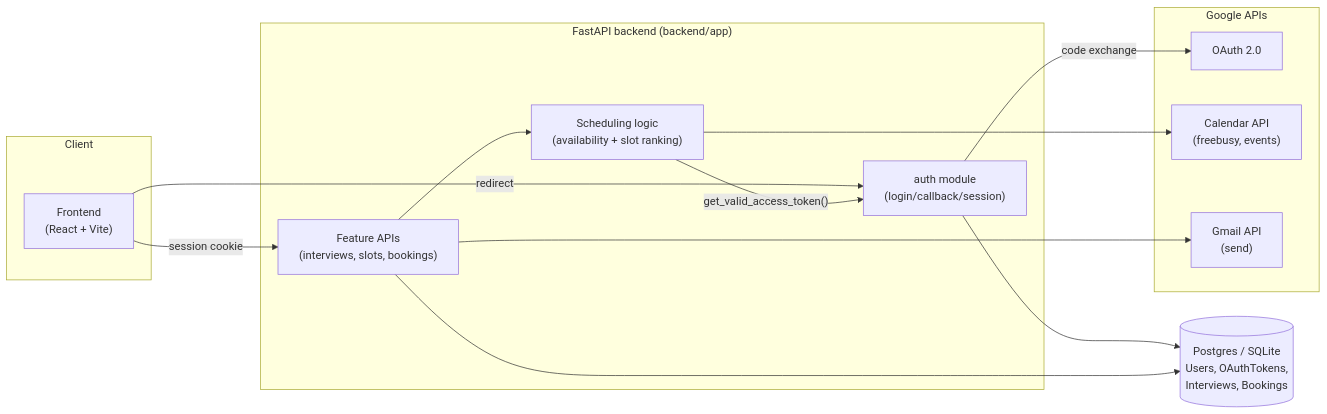
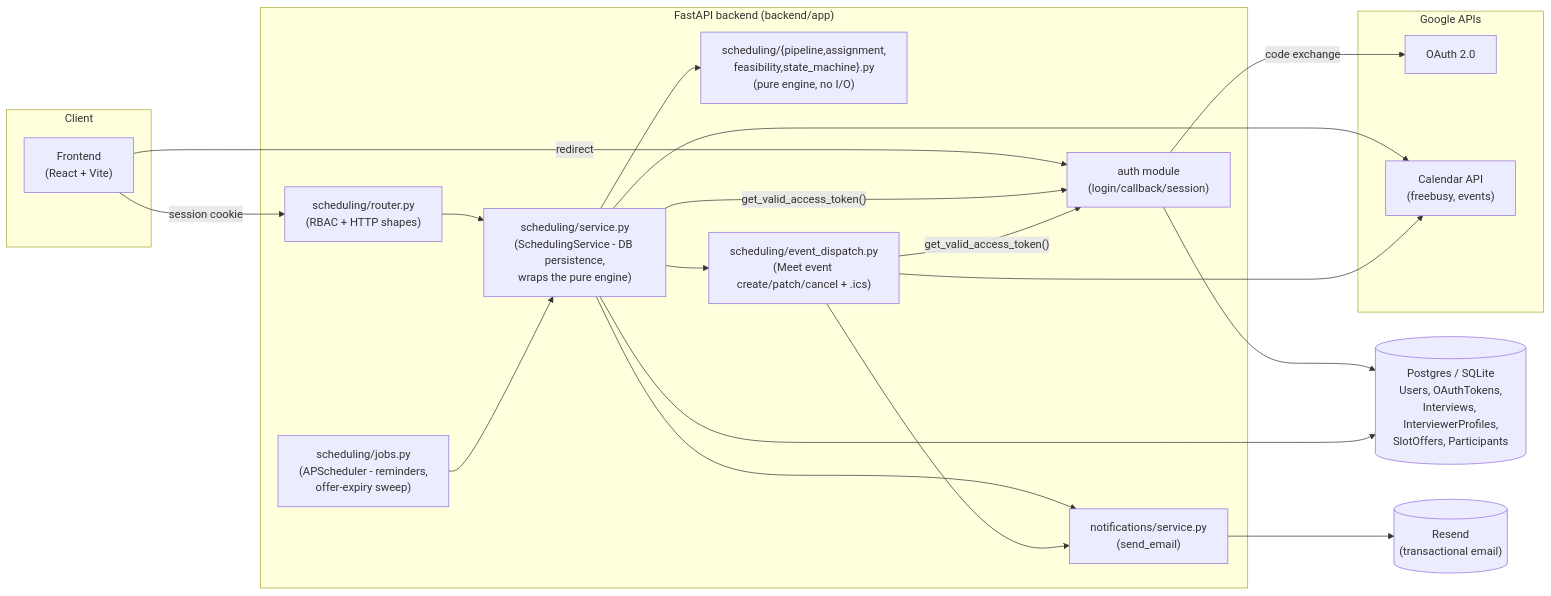
The diagram in Documentation/ARCHITECTURE.md (AgraniJain2/The-Hacksmiths), drawn with Mermaid before and after one commit. The commit also changed other lines of this file and 21 other files, not shown here.

````diff
--- a/Documentation/ARCHITECTURE.md
+++ b/Documentation/ARCHITECTURE.md
@@ -17,30 +18,42 @@
 ```mermaid
 flowchart LR
     subgraph Client
         FE["Frontend\n(React + Vite)"]
     end
 
     subgraph Backend["FastAPI backend (backend/app)"]
         AUTH["auth module\n(login/callback/session)"]
-        API["Feature APIs\n(interviews, slots, bookings)"]
-        SCHED["Scheduling logic\n(availability + slot ranking)"]
+        ROUTER["scheduling/router.py\n(RBAC + HTTP shapes)"]
+        SVC["scheduling/service.py\n(SchedulingService - DB persistence,\nwraps the pure engine)"]
+        ENGINE["scheduling/{pipeline,assignment,\nfeasibility,state_machine}.py\n(pure engine, no I/O)"]
+        DISPATCH["scheduling/event_dispatch.py\n(Meet event create/patch/cancel + .ics)"]
+        JOBS["scheduling/jobs.py\n(APScheduler - reminders,\noffer-expiry sweep)"]
+        NOTIFY["notifications/service.py\n(send_email)"]
     end
 
-    DB[("Postgres / SQLite\nUsers, OAuthTokens,\nInterviews, Bookings")]
+    DB[("Postgres / SQLite\nUsers, OAuthTokens,\nInterviews, InterviewerProfiles,\nSlotOffers, Participants")]
 
     subgraph Google["Google APIs"]
         GOAUTH["OAuth 2.0"]
         GCAL["Calendar API\n(freebusy, events)"]
-        GMAIL["Gmail API\n(send)"]
     end
 
-    FE -- session cookie --> API
+    RESEND[("Resend\n(transactional email)")]
+
+    FE -- session cookie --> ROUTER
     FE -- redirect --> AUTH
     AUTH -- code exchange --> GOAUTH
     AUTH --> DB
-    API --> SCHED
-    SCHED -- "get_valid_access_token()" --> AUTH
-    SCHED --> GCAL
-    API --> GMAIL
-    API --> DB
+    ROUTER --> SVC
+    SVC --> ENGINE
+    SVC --> DISPATCH
+    JOBS --> SVC
+    SVC -- "get_valid_access_token()" --> AUTH
+    DISPATCH -- "get_valid_access_token()" --> AUTH
+    SVC --> GCAL
+    DISPATCH --> GCAL
+    SVC --> NOTIFY
+    DISPATCH --> NOTIFY
+    NOTIFY --> RESEND
+    SVC --> DB
 ```
````
